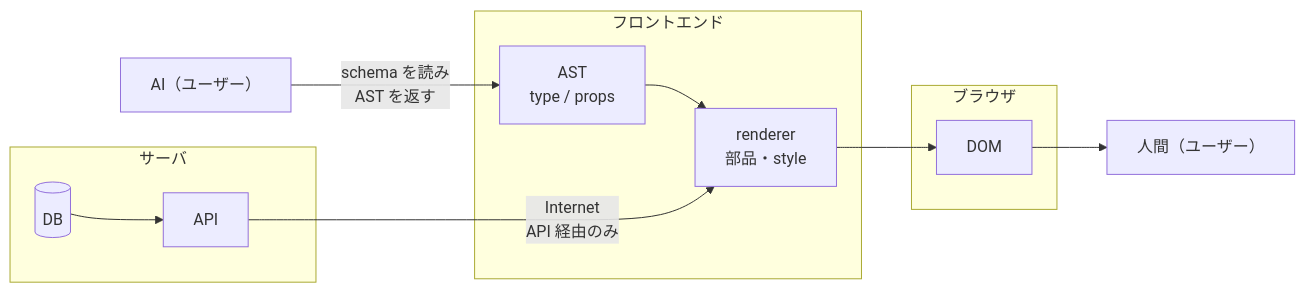
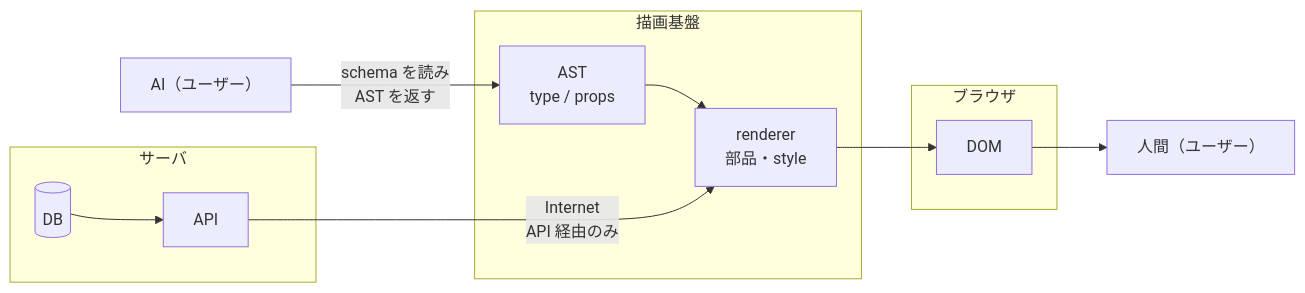
The diagram in talks/2026/261012_frontendconf_kansai/slides.md (daitasu/daitasu-talks), drawn with Mermaid before and after one commit. The commit also changed other lines of this file and 1 other file, not shown here.

````diff
--- a/talks/2026/261012_frontendconf_kansai/slides.md
+++ b/talks/2026/261012_frontendconf_kansai/slides.md
@@ -369,18 +377,18 @@
 ```mermaid {theme: 'neutral', scale: 0.68}
 flowchart LR
   AI["AI（ユーザー）"]
   subgraph server["サーバ"]
     DB[("DB")] --> API["API"]
   end
-  subgraph front["フロントエンド"]
+  subgraph front["描画基盤"]
     AST["AST<br/>type / props"] --> R["renderer<br/>部品・style"]
   end
   subgraph browser["ブラウザ"]
     DOM["DOM"]
   end
   H["人間（ユーザー）"]
   DB ~~~ AI
   AI -- "schema を読み<br/>AST を返す" --> AST
   API -- "Internet<br/>API 経由のみ" --> R
   R --> DOM --> H
 ```
````
